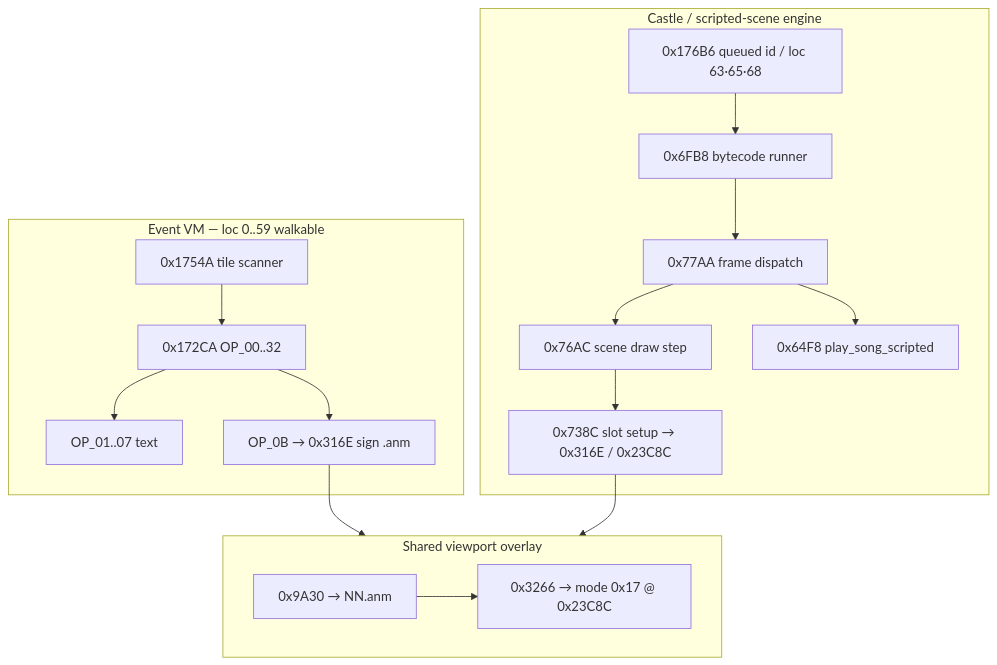
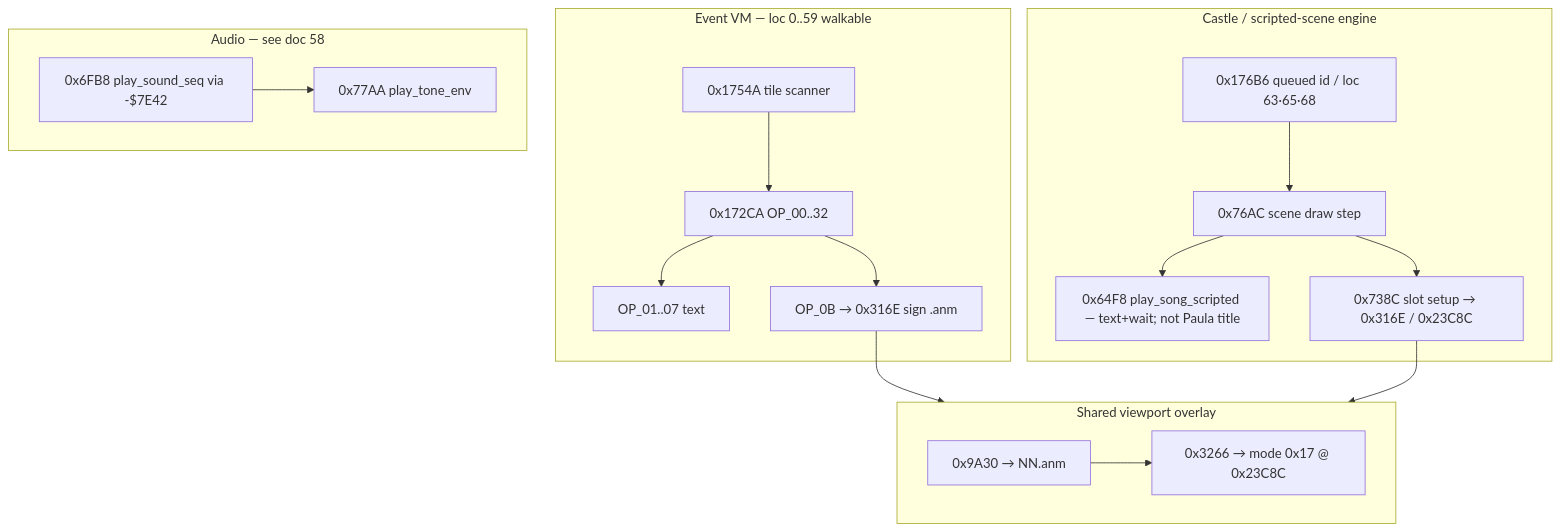
The diagram in EXTRACTED/docs/46-scripted-scene-graphics.md (Vairn/MM2), drawn with Mermaid before and after one commit. The commit also changed other lines of this file and 108 other files, not shown here.

````diff
--- a/EXTRACTED/docs/46-scripted-scene-graphics.md
+++ b/EXTRACTED/docs/46-scripted-scene-graphics.md
@@ -28,32 +36,36 @@
 ```mermaid
 flowchart TB
   subgraph evm [Event VM — loc 0..59 walkable]
     scan[0x1754A tile scanner]
     interp[0x172CA OP_00..32]
     op01[OP_01..07 text]
     op0b[OP_0B → 0x316E sign .anm]
     scan --> interp --> op01
     interp --> op0b
   end
 
   subgraph castle [Castle / scripted-scene engine]
     q[0x176B6 queued id / loc 63·65·68]
-    run[0x6FB8 bytecode runner]
-    frame[0x77AA frame dispatch]
     draw[0x76AC scene draw step]
-    song[0x64F8 play_song_scripted]
+    song[0x64F8 play_song_scripted — text+wait; not Paula title]
     spr[0x738C slot setup → 0x316E / 0x23C8C]
-    q --> run --> frame --> draw
-    frame --> song
+    q --> draw
+    draw --> song
     draw --> spr
+  end
+
+  subgraph audio [Audio — see doc 58]
+    sfx[0x6FB8 play_sound_seq via -$7E42]
+    tone[0x77AA play_tone_env]
+    sfx --> tone
   end
 
   subgraph shared [Shared viewport overlay]
     load[0x9A30 → NN.anm]
     place[0x3266 → mode 0x17 @ 0x23C8C]
     load --> place
   end
 
   op0b --> shared
   spr --> shared
 ```
````
